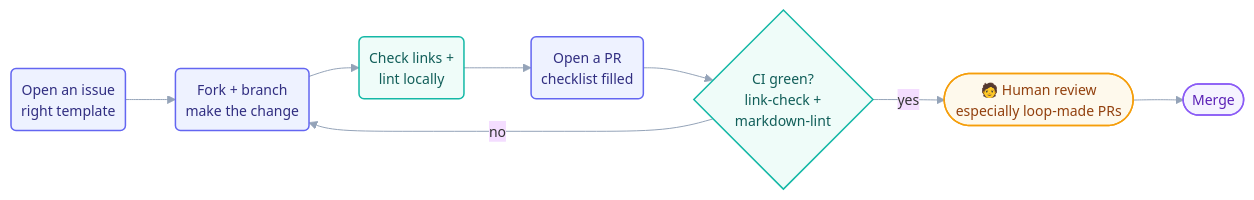
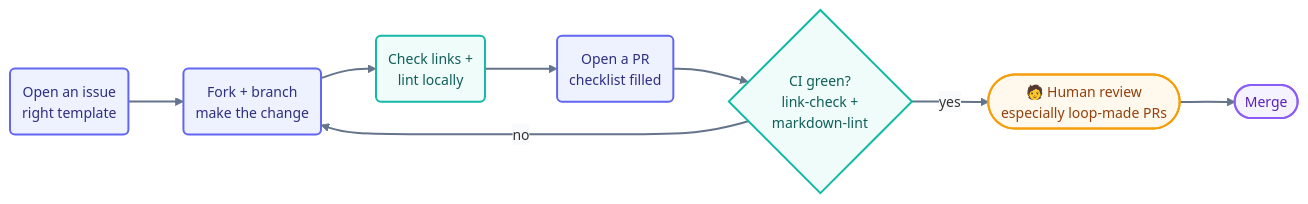
One commit to ayeshakhalid192007-dev/LoopEngineering-CrashCourse changed the diagram in CONTRIBUTING.md. Above: the diagram before and after it, drawn with Mermaid. The commit also changed 66 other files, not shown here.

First line of the commit message:
docs(diagrams): bolden and unify all 70 mermaid diagrams

````diff
--- a/CONTRIBUTING.md
+++ b/CONTRIBUTING.md
@@ -31,15 +31,16 @@
 ```mermaid
-%%{init: {'theme':'base','themeVariables':{'fontFamily':'ui-sans-serif, system-ui, sans-serif','fontSize':'14px','lineColor':'#94a3b8'},'flowchart':{'curve':'basis','nodeSpacing':45,'rankSpacing':50,'padding':10}}}%%
+%%{init: {'theme':'base','themeVariables':{'fontFamily':'ui-sans-serif, system-ui, sans-serif','fontSize':'14px','lineColor':'#64748b','edgeLabelBackground':'#f8fafc'},'flowchart':{'curve':'basis','nodeSpacing':45,'rankSpacing':55,'padding':12}}}%%
 flowchart LR
     I("Open an issue<br/>right template"):::step --> W("Fork + branch<br/>make the change"):::step
     W --> LC("Check links +<br/>lint locally"):::verify
     LC --> PR("Open a PR<br/>checklist filled"):::step
     PR --> CI{"CI green?<br/>link-check +<br/>markdown-lint"}:::verify
     CI -->|no| W
     CI -->|yes| REV(["🧑 Human review<br/>especially loop-made PRs"]):::human
     REV --> M(["Merge"]):::win
-    classDef step fill:#eef2ff,stroke:#6366f1,stroke-width:1.5px,color:#312e81;
-    classDef verify fill:#effcf9,stroke:#14b8a6,stroke-width:1.5px,color:#115e59;
-    classDef human fill:#fef9ec,stroke:#f59e0b,stroke-width:1.5px,color:#92400e;
-    classDef win fill:#f5f3ff,stroke:#8b5cf6,stroke-width:1.5px,color:#5b21b6;
+    linkStyle default stroke:#64748b,stroke-width:2px;
+    classDef step fill:#eef2ff,stroke:#6366f1,stroke-width:2px,color:#312e81;
+    classDef verify fill:#effcf9,stroke:#14b8a6,stroke-width:2px,color:#115e59;
+    classDef human fill:#fef9ec,stroke:#f59e0b,stroke-width:2px,color:#92400e;
+    classDef win fill:#f5f3ff,stroke:#8b5cf6,stroke-width:2px,color:#5b21b6;
 ```
````
